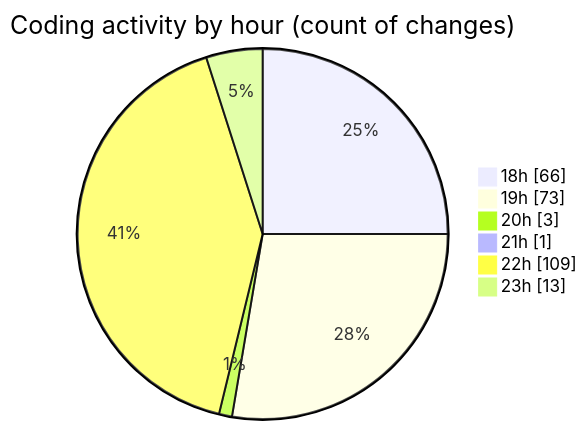
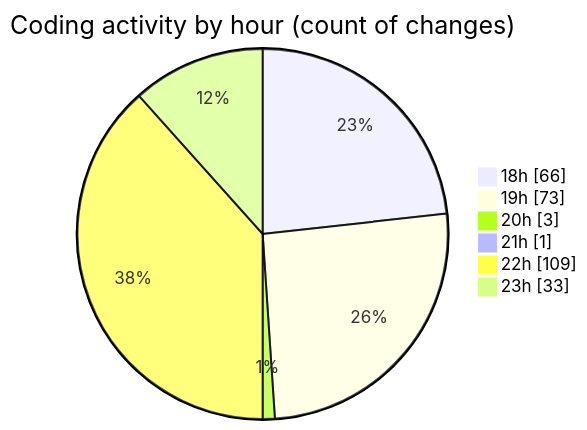
One commit to Ritupan-Deka/code-tracking changed the second of 2 diagrams in 2025-07-16/mern-workoutboard/README.md. Above: the diagram before and after it, drawn with Mermaid. The commit also changed other lines of this file and 1 other file, not shown here.

````diff
--- a/2025-07-16/mern-workoutboard/README.md
+++ b/2025-07-16/mern-workoutboard/README.md
@@ -36,10 +36,10 @@
 ```mermaid
 pie showData
 title Coding activity by hour (count of changes)
 "18h" : 66
 "19h" : 73
 "20h" : 3
 "21h" : 1
 "22h" : 109
-"23h" : 13
+"23h" : 33
 ```
````
